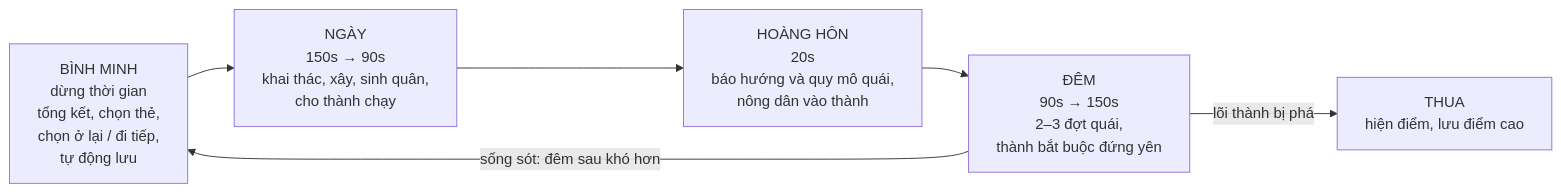
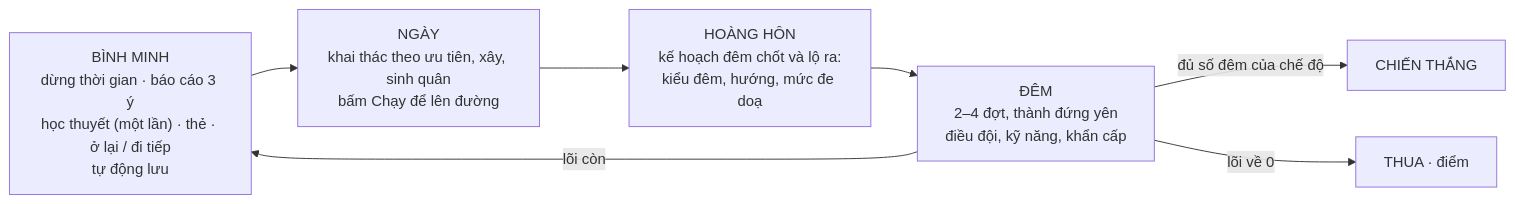
The diagram in docs/TONG_QUAN.md (hieudeptrai196/thanhtriver2), drawn with Mermaid before and after one commit. The commit also changed other lines of this file and 9 other files, not shown here.

````diff
--- a/docs/TONG_QUAN.md
+++ b/docs/TONG_QUAN.md
@@ -40,8 +36,9 @@
 ```mermaid
 flowchart LR
-    A["BÌNH MINH<br/>dừng thời gian<br/>tổng kết, chọn thẻ,<br/>chọn ở lại / đi tiếp,<br/>tự động lưu"] --> B["NGÀY<br/>150s → 90s<br/>khai thác, xây, sinh quân,<br/>cho thành chạy"]
-    B --> C["HOÀNG HÔN<br/>20s<br/>báo hướng và quy mô quái,<br/>nông dân vào thành"]
-    C --> D["ĐÊM<br/>90s → 150s<br/>2–3 đợt quái,<br/>thành bắt buộc đứng yên"]
-    D -->|"sống sót: đêm sau khó hơn"| A
-    D -->|"lõi thành bị phá"| E["THUA<br/>hiện điểm, lưu điểm cao"]
+    A["BÌNH MINH<br/>dừng thời gian · báo cáo 3 ý<br/>học thuyết (một lần) · thẻ · ở lại / đi tiếp<br/>tự động lưu"] --> B["NGÀY<br/>khai thác theo ưu tiên, xây, sinh quân<br/>bấm Chạy để lên đường"]
+    B --> C["HOÀNG HÔN<br/>kế hoạch đêm chốt và lộ ra:<br/>kiểu đêm, hướng, mức đe doạ"]
+    C --> D["ĐÊM<br/>2–4 đợt, thành đứng yên<br/>điều đội, kỹ năng, khẩn cấp"]
+    D -->|"lõi còn"| A
+    D -->|"đủ số đêm của chế độ"| V["CHIẾN THẮNG"]
+    D -->|"lõi về 0"| E["THUA · điểm"]
 ```
````
